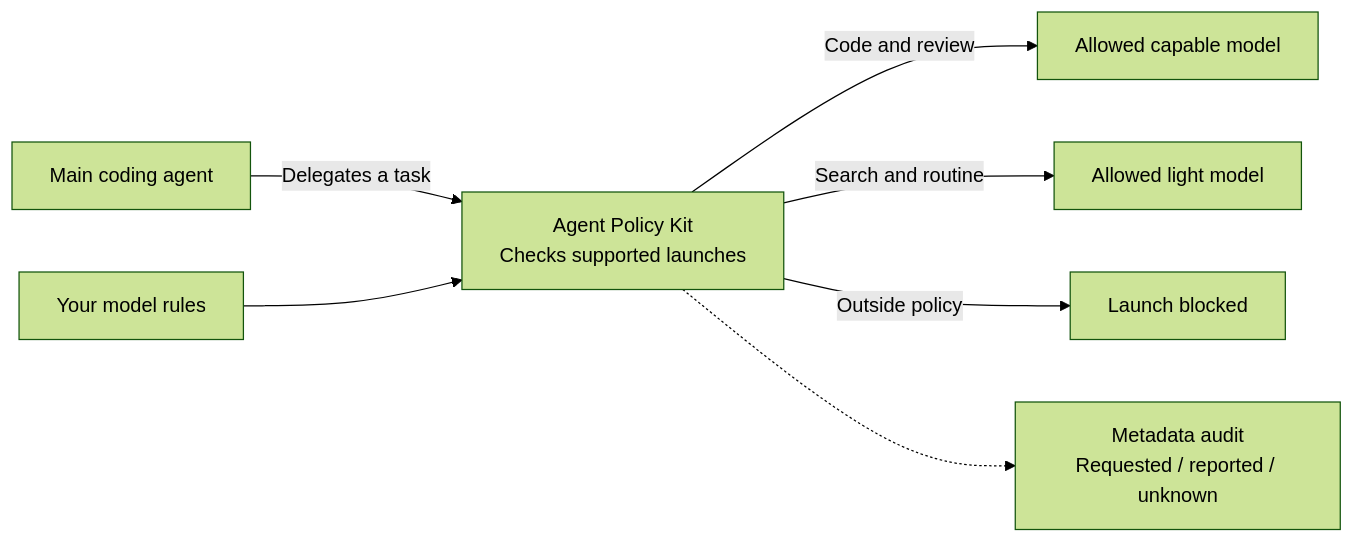
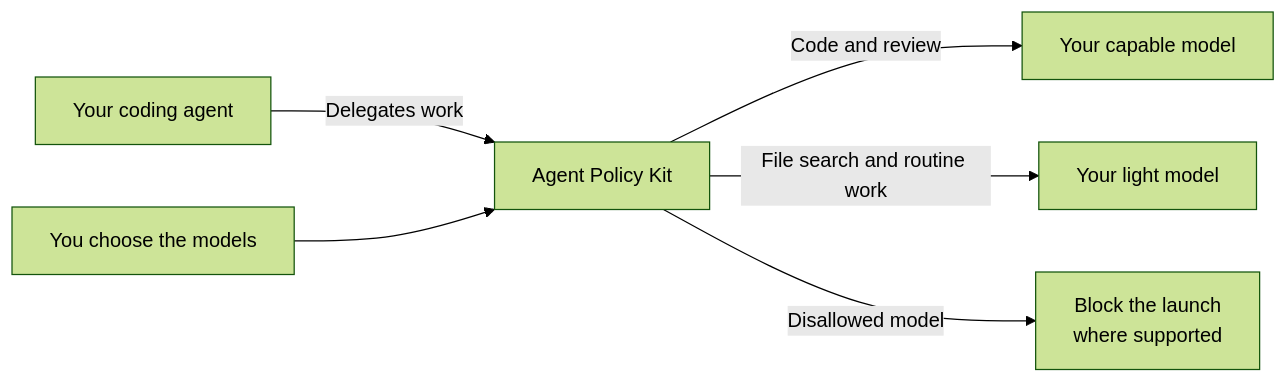
One commit to automatis-tools/agent-policy-kit changed the diagram in README.md. Above: the diagram before and after it, drawn with Mermaid (forest theme). The commit also changed other lines of this file and 1 other file, not shown here.

Commit message:
docs: explain subagent model rules from a user perspective

````diff
--- a/README.md
+++ b/README.md
@@ -3,9 +3,8 @@
 ```mermaid
 flowchart LR
-    Main["Main coding agent"] -->|Delegates a task| Kit["Agent Policy Kit<br/>Checks supported launches"]
-    Policy["Your model rules"] --> Kit
-    Kit -->|Code and review| Code["Allowed capable model"]
-    Kit -->|Search and routine| Light["Allowed light model"]
-    Kit -->|Outside policy| Block["Launch blocked"]
-    Kit -.-> Audit["Metadata audit<br/>Requested / reported / unknown"]
+    Main["Your coding agent"] -->|Delegates work| Kit["Agent Policy Kit"]
+    You["You choose the models"] --> Kit
+    Kit -->|Code and review| Code["Your capable model"]
+    Kit -->|File search and routine work| Light["Your light model"]
+    Kit -->|Disallowed model| Block["Block the launch<br/>where supported"]
 ```
````
